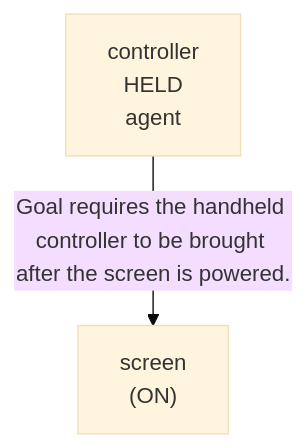
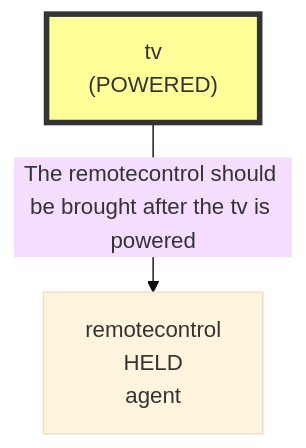
One commit to scuama/virtualhome changed the first of 3 diagrams in evaluation/results/table1/robostate/instruction_type/vague/G1_03/run_T1_INST_G1_03_vague.md. Above: the diagram before and after it, drawn with Mermaid (base theme). The commit also changed other lines of this file and 133 other files, not shown here.

````diff
--- a/evaluation/results/table1/robostate/instruction_type/vague/G1_03/run_T1_INST_G1_03_vague.md
+++ b/evaluation/results/table1/robostate/instruction_type/vague/G1_03/run_T1_INST_G1_03_vague.md
@@ -72,6 +98,7 @@
 ```mermaid
 graph TD
-    N1["screen<br>(ON)"]
-    N2["controller<br>HELD<br>agent"]
-    N2 -->|"Goal requires the handheld controller to be brought after the screen is powered."| N1
+    N1["tv<br>(POWERED)"]
+    style N1 fill:#ff9,stroke:#333,stroke-width:4px
+    N2["remotecontrol<br>HELD<br>agent"]
+    N1 -->|"The remotecontrol should be brought after the tv is powered"| N2
 ```
````
